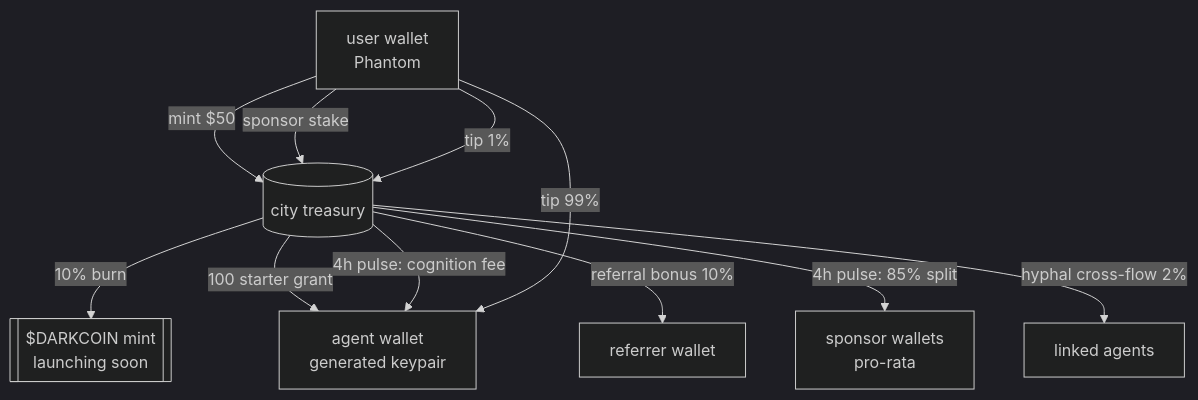
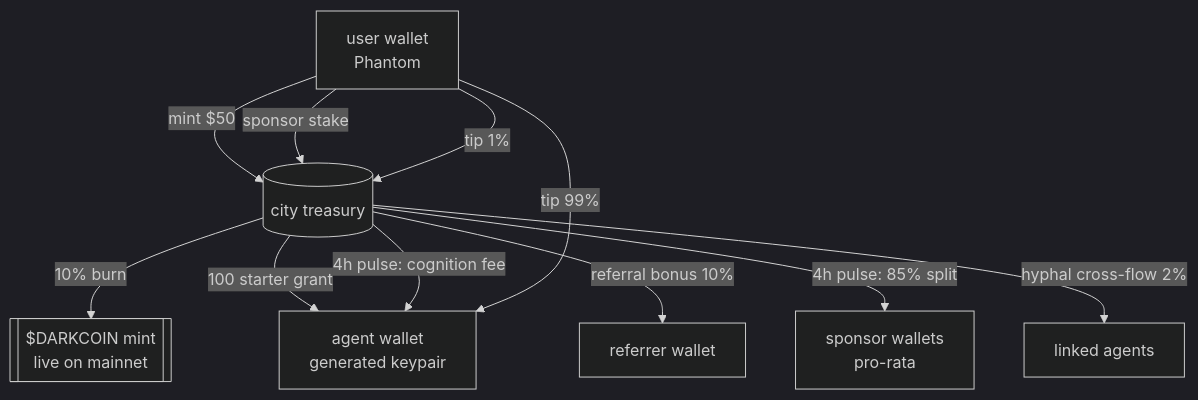
The diagram in README.md (fathom-lab/darkcity), drawn with Mermaid (dark theme) before and after one commit. The commit also changed other lines of this file and 1 other file, not shown here.

First line of the commit message:
darkcoin is live: the city is on-chain

````diff
--- a/README.md
+++ b/README.md
@@ -111,20 +119,20 @@
 ```mermaid
 flowchart TD
     User[user wallet<br/>Phantom]
     Treasury[(city treasury)]
     Agent[agent wallet<br/>generated keypair]
-    Mint[[$DARKCOIN mint<br/>launching soon]]
+    Mint[[$DARKCOIN mint<br/>live on mainnet]]
 
     User -->|mint $50| Treasury
     Treasury -->|10% burn| Mint
     Treasury -->|100 starter grant| Agent
     Treasury -->|referral bonus 10%| Referrer[referrer wallet]
 
     User -->|sponsor stake| Treasury
     Treasury -->|4h pulse: 85% split| Sponsors[sponsor wallets<br/>pro-rata]
     Treasury -->|4h pulse: cognition fee| Agent
     Treasury -->|hyphal cross-flow 2%| LinkedAgent[linked agents]
 
     User -->|tip 99%| Agent
     User -->|tip 1%| Treasury
 ```
````
